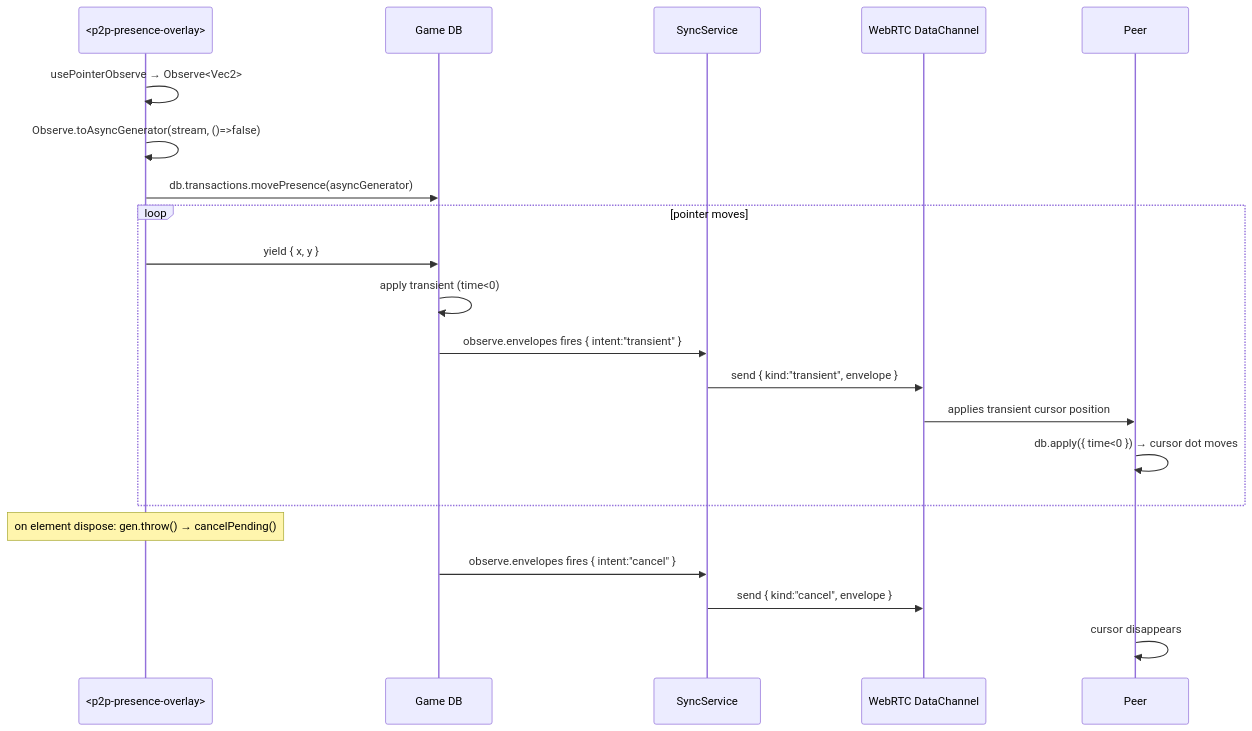
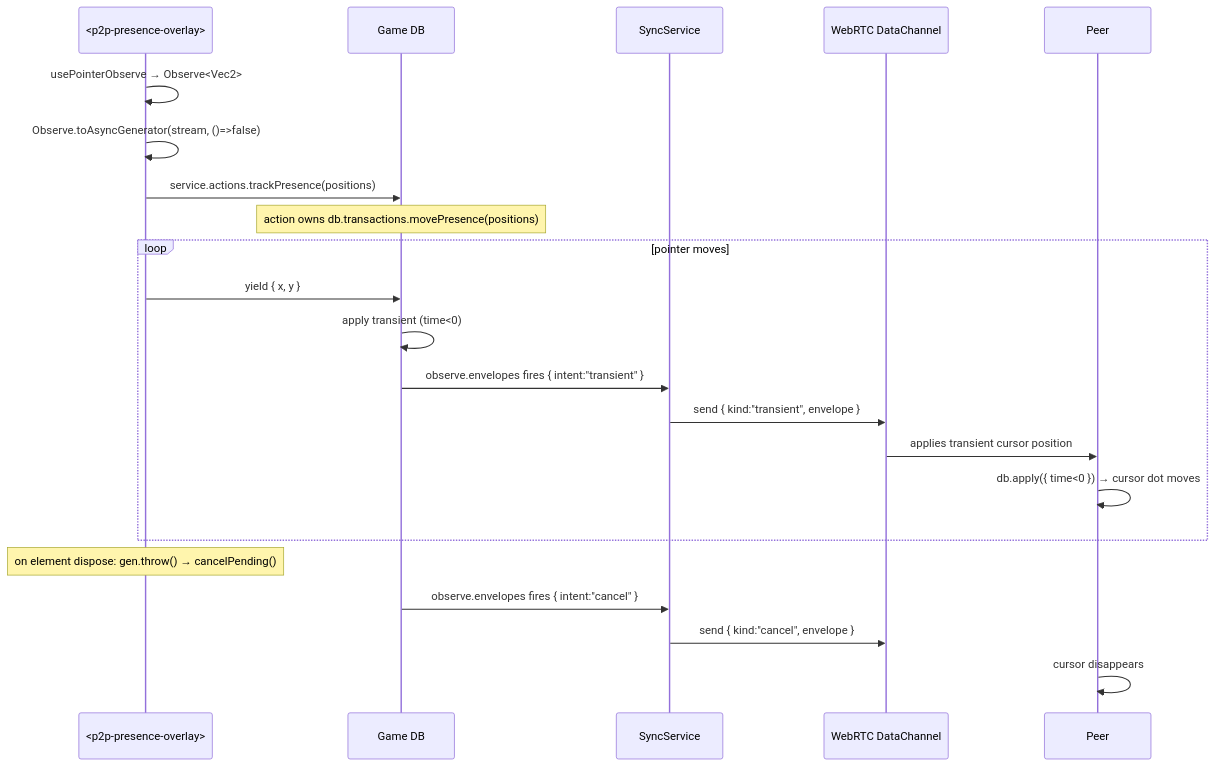
Before and after one commit to adobe/data: the third of 4 diagrams in packages/data-p2p-tictactoe/ARCHITECTURE.md, drawn with Mermaid. The commit also changed other lines of this file and 25 other files, not shown here.

````diff
--- a/packages/data-p2p-tictactoe/ARCHITECTURE.md
+++ b/packages/data-p2p-tictactoe/ARCHITECTURE.md
@@ -104,24 +126,25 @@
 ```mermaid
 sequenceDiagram
     participant Board as <p2p-presence-overlay>
     participant DB as Game DB
     participant Sync as SyncService
     participant WR as WebRTC DataChannel
     participant Peer as Peer
 
     Board->>Board: usePointerObserve → Observe<Vec2>
     Board->>Board: Observe.toAsyncGenerator(stream, ()=>false)
-    Board->>DB: db.transactions.movePresence(asyncGenerator)
+    Board->>DB: service.actions.trackPresence(positions)
+    Note over DB: action owns db.transactions.movePresence(positions)
     loop pointer moves
         Board->>DB: yield { x, y }
         DB->>DB: apply transient (time<0)
         DB->>Sync: observe.envelopes fires { intent:"transient" }
         Sync->>WR: send { kind:"transient", envelope }
         WR->>Peer: applies transient cursor position
         Peer->>Peer: db.apply({ time<0 }) → cursor dot moves
     end
     Note over Board: on element dispose: gen.throw() → cancelPending()
     DB->>Sync: observe.envelopes fires { intent:"cancel" }
     Sync->>WR: send { kind:"cancel", envelope }
     Peer->>Peer: cursor disappears
 ```
````
